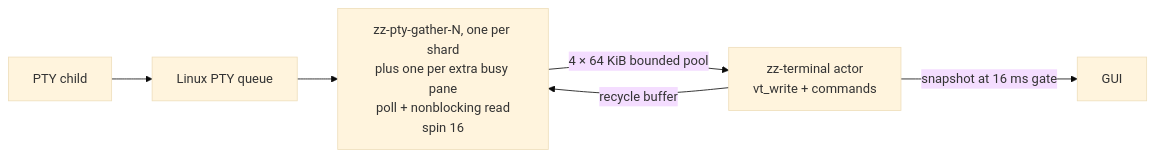
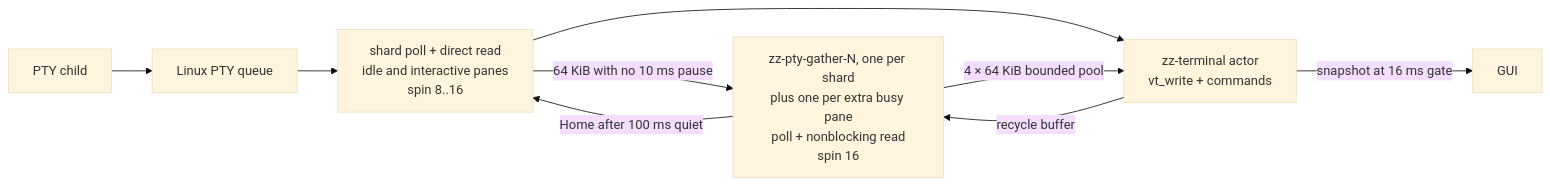
The fourth of 5 diagrams in knowledge/terminal/pty-drain.md (autistic-computer/zebrilus), drawn with Mermaid (base theme) before and after one commit. The commit also changed other lines of this file and 2 other files, not shown here.

Commit message:
Describe the Linux home, lend and hand-back read path

````diff
--- a/knowledge/terminal/pty-drain.md
+++ b/knowledge/terminal/pty-drain.md
@@ -185,8 +199,11 @@
 ```mermaid
 flowchart LR
     child["PTY child"] --> kernel["Linux PTY queue"]
-    kernel --> gather["zz-pty-gather-N, one per shard<br/>plus one per extra busy pane<br/>poll + nonblocking read<br/>spin 16"]
-    gather -->|"4 × 64 KiB bounded pool"| actor["zz-terminal actor<br/>vt_write + commands"]
+    kernel --> shard["shard poll + direct read<br/>idle and interactive panes<br/>spin 8..16"]
+    shard -->|"64 KiB with no 10 ms pause"| gather["zz-pty-gather-N, one per shard<br/>plus one per extra busy pane<br/>poll + nonblocking read<br/>spin 16"]
+    gather -->|"Home after 100 ms quiet"| shard
+    shard --> actor["zz-terminal actor<br/>vt_write + commands"]
+    gather -->|"4 × 64 KiB bounded pool"| actor
     actor -->|"recycle buffer"| gather
     actor -->|"snapshot at 16 ms gate"| render["GUI"]
 ```
````
